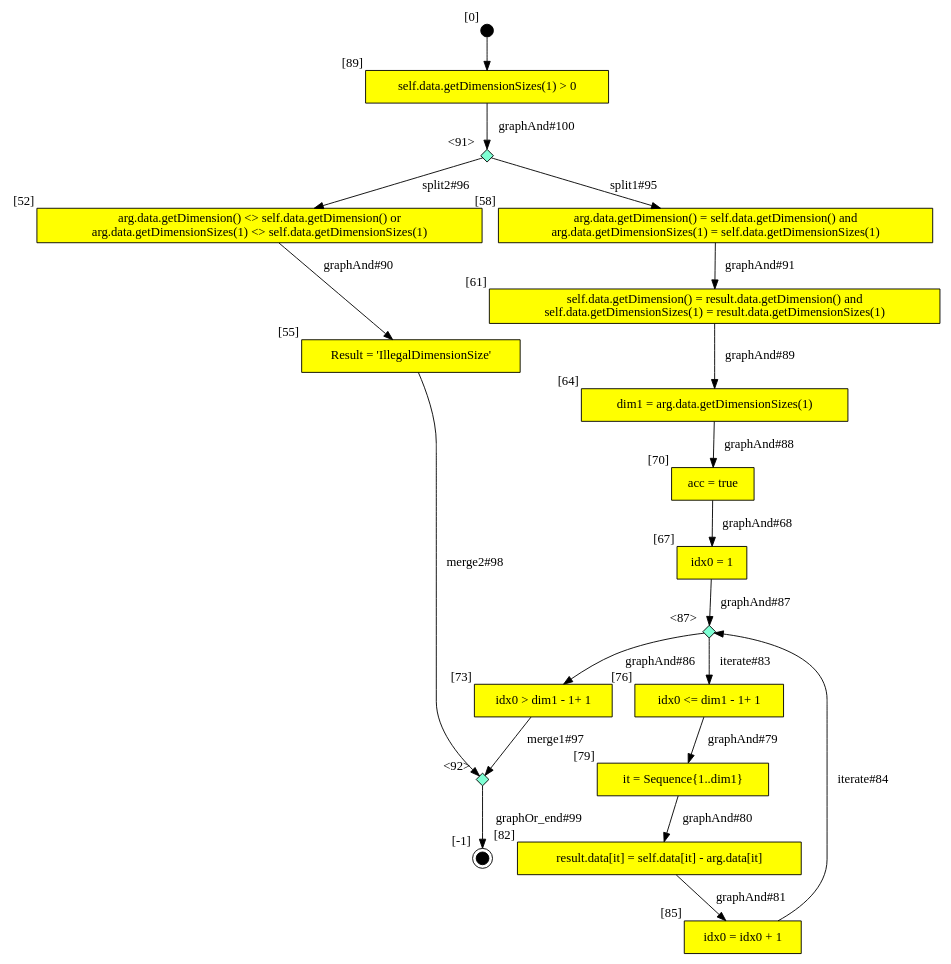
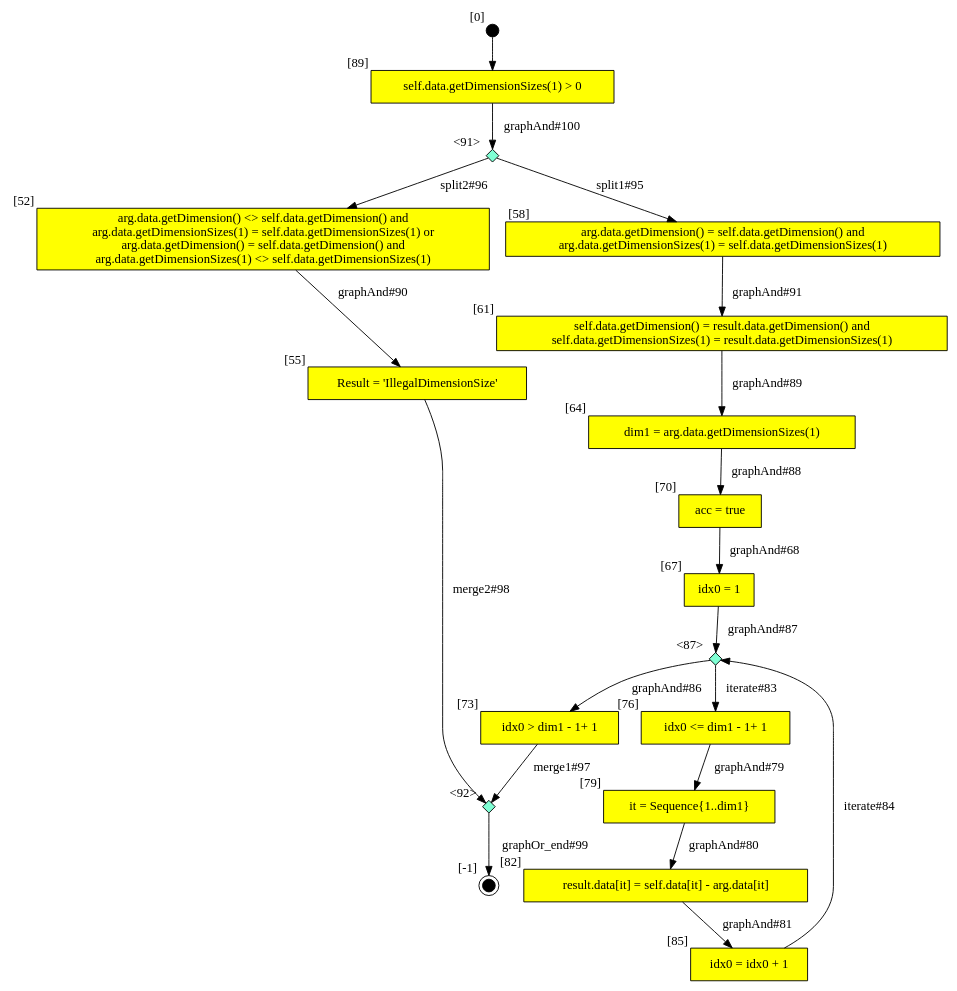
One commit to SamHseih/ocl-testcase-generator changed the diagram in output/CLG/VarArray/DynamicFixedsizeVarArrays_VarArray_sub_DC.dot. Above: the diagram before and after it, drawn with Graphviz. The commit also changed 642 other files, not shown here.

```diff
--- a/output/CLG/VarArray/DynamicFixedsizeVarArrays_VarArray_sub_DC.dot
+++ b/output/CLG/VarArray/DynamicFixedsizeVarArrays_VarArray_sub_DC.dot
@@ -1,45 +1,47 @@
 digraph CLG {
   64 [shape="box", label="dim1 = arg.data.getDimensionSizes(1)", style=filled, fillcolor=yellow, xlabel="[64]"];
   67 [shape="box", label="idx0 = 1", style=filled, fillcolor=yellow, xlabel="[67]"];
   70 [shape="box", label="acc = true", style=filled, fillcolor=yellow, xlabel="[70]"];
   73 [shape="box", label="idx0 > dim1 - 1+ 1", style=filled, fillcolor=yellow, xlabel="[73]"];
   76 [shape="box", label="idx0 <= dim1 - 1+ 1", style=filled, fillcolor=yellow, xlabel="[76]"];
   79 [shape="box", label="it = Sequence{1..dim1}", style=filled, fillcolor=yellow, xlabel="[79]"];
   82 [shape="box", label="result.data[it] = self.data[it] - arg.data[it]", style=filled, fillcolor=yellow, xlabel="[82]"];
-  52 [shape="box", label="arg.data.getDimension() <> self.data.getDimension() or
+  52 [shape="box", label="arg.data.getDimension() <> self.data.getDimension() and
+arg.data.getDimensionSizes(1) = self.data.getDimensionSizes(1) or
+arg.data.getDimension() = self.data.getDimension() and
 arg.data.getDimensionSizes(1) <> self.data.getDimensionSizes(1)
 ", style=filled, fillcolor=yellow, xlabel="[52]"];
   85 [shape="box", label="idx0 = idx0 + 1", style=filled, fillcolor=yellow, xlabel="[85]"];
   87 [shape="diamond", label="", xlabel="<87>", style=filled, fillcolor=aquamarine, fixedsize=true, width=.2, height=.2];
   55 [shape="box", label="Result = 'IllegalDimensionSize'", style=filled, fillcolor=yellow, xlabel="[55]"];
   88 [style=filled, fillcolor=black, shape="circle", label="", fixedsize=true, width=.2, height=.2, xlabel="[0]"];
   56 [style=filled, fillcolor=black, shape="doublecircle", label="", fixedsize=true, width=.2, height=.2, xlabel="[-1]"];
   89 [shape="box", label="self.data.getDimensionSizes(1) > 0", style=filled, fillcolor=yellow, xlabel="[89]"];
   58 [shape="box", label="arg.data.getDimension() = self.data.getDimension() and
 arg.data.getDimensionSizes(1) = self.data.getDimensionSizes(1)
 ", style=filled, fillcolor=yellow, xlabel="[58]"];
   91 [shape="diamond", label="", xlabel="<91>", style=filled, fillcolor=aquamarine, fixedsize=true, width=.2, height=.2];
   92 [shape="diamond", label="", xlabel="<92>", style=filled, fillcolor=aquamarine, fixedsize=true, width=.2, height=.2];
   61 [shape="box", label="self.data.getDimension() = result.data.getDimension() and
 self.data.getDimensionSizes(1) = result.data.getDimensionSizes(1)
 ", style=filled, fillcolor=yellow, xlabel="[61]"];
   91 -> 52[label="split2#96"];
   73 -> 92[label="merge1#97"];
   55 -> 92[label="merge2#98"];
   92 -> 56[label="graphOr_end#99"];
   70 -> 67[label="graphAnd#68"];
   89 -> 91[label="graphAnd#100"];
   76 -> 79[label="graphAnd#79"];
   79 -> 82[label="graphAnd#80"];
   82 -> 85[label="graphAnd#81"];
   87 -> 76[label="iterate#83"];
   85 -> 87[label="iterate#84"];
   87 -> 73[label="graphAnd#86"];
   67 -> 87[label="graphAnd#87"];
   64 -> 70[label="graphAnd#88"];
   61 -> 64[label="graphAnd#89"];
   52 -> 55[label="graphAnd#90"];
   58 -> 61[label="graphAnd#91"];
   88 -> 89;
   91 -> 58[label="split1#95"];
 }
```
